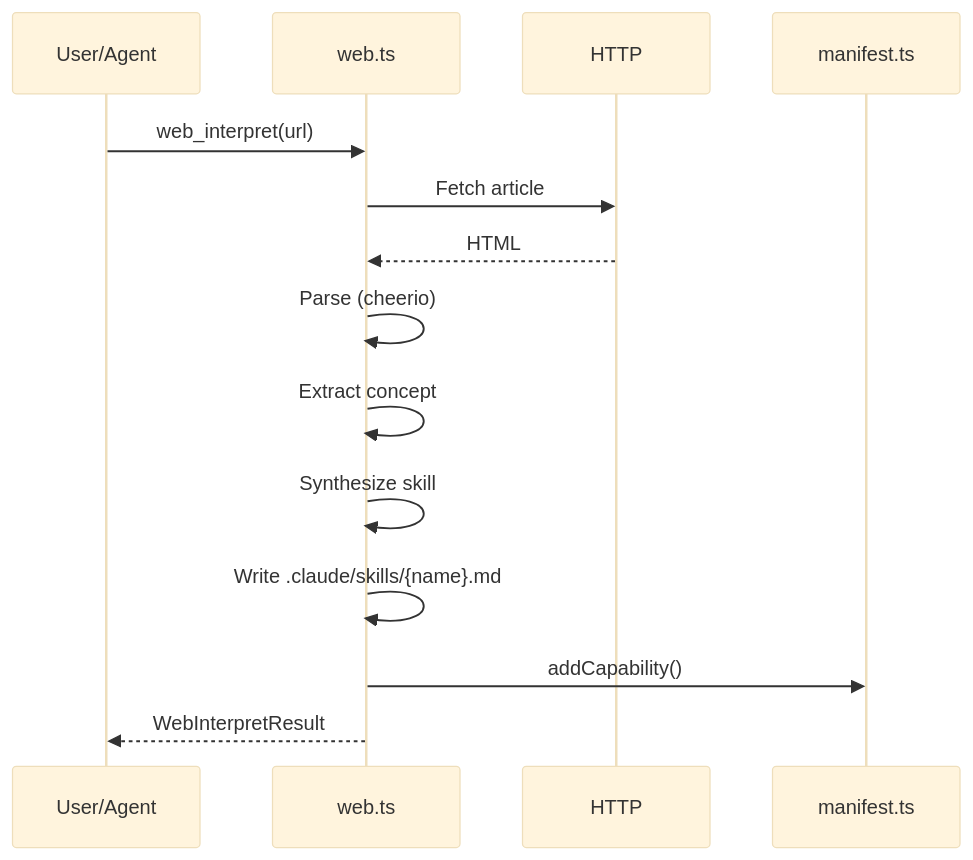
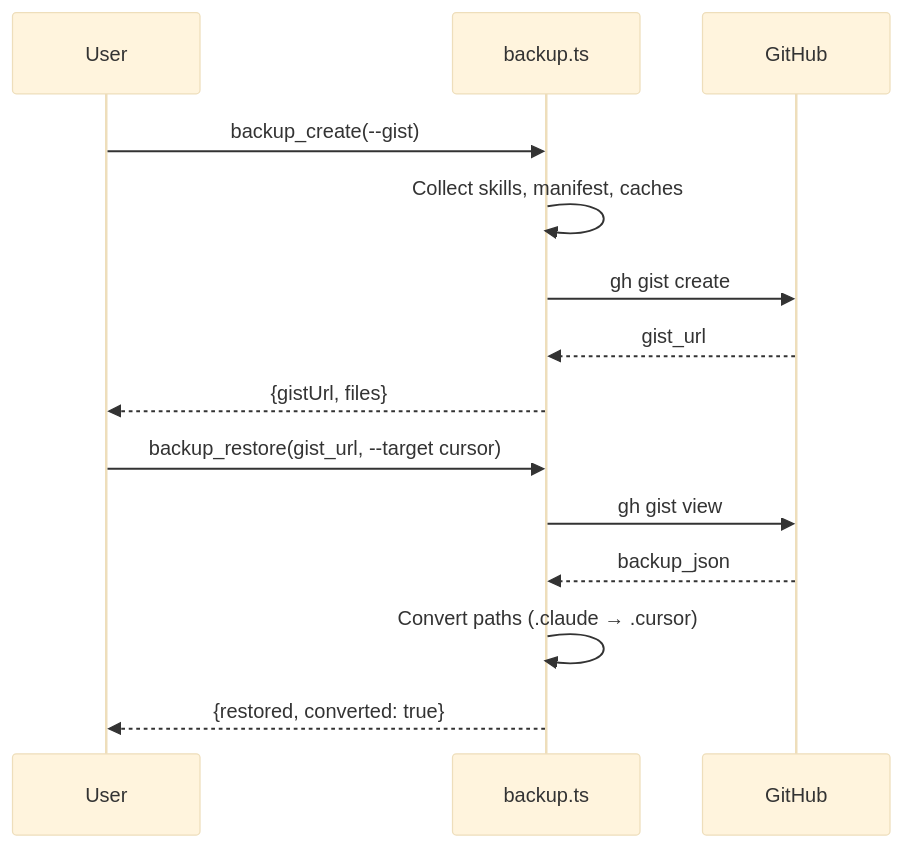
Before and after one commit to shihwesley/agent-reverse: the third of 3 diagrams in docs/CODEBASE_MAP.md, drawn with Mermaid (base theme). The commit also changed other lines of this file, not shown here.

Commit message:
docs: update CODEBASE_MAP with Phase 6 backup tools

````diff
--- a/docs/CODEBASE_MAP.md
+++ b/docs/CODEBASE_MAP.md
@@ -210,17 +215,18 @@
 ```mermaid
 sequenceDiagram
-    participant U as User/Agent
-    participant W as web.ts
-    participant H as HTTP
-    participant M as manifest.ts
+    participant U as User
+    participant B as backup.ts
+    participant G as GitHub
 
-    U->>W: web_interpret(url)
-    W->>H: Fetch article
-    H-->>W: HTML
-    W->>W: Parse (cheerio)
-    W->>W: Extract concept
-    W->>W: Synthesize skill
-    W->>W: Write .claude/skills/{name}.md
-    W->>M: addCapability()
-    W-->>U: WebInterpretResult
+    U->>B: backup_create(--gist)
+    B->>B: Collect skills, manifest, caches
+    B->>G: gh gist create
+    G-->>B: gist_url
+    B-->>U: {gistUrl, files}
+
+    U->>B: backup_restore(gist_url, --target cursor)
+    B->>G: gh gist view
+    G-->>B: backup_json
+    B->>B: Convert paths (.claude → .cursor)
+    B-->>U: {restored, converted: true}
 ```
````
